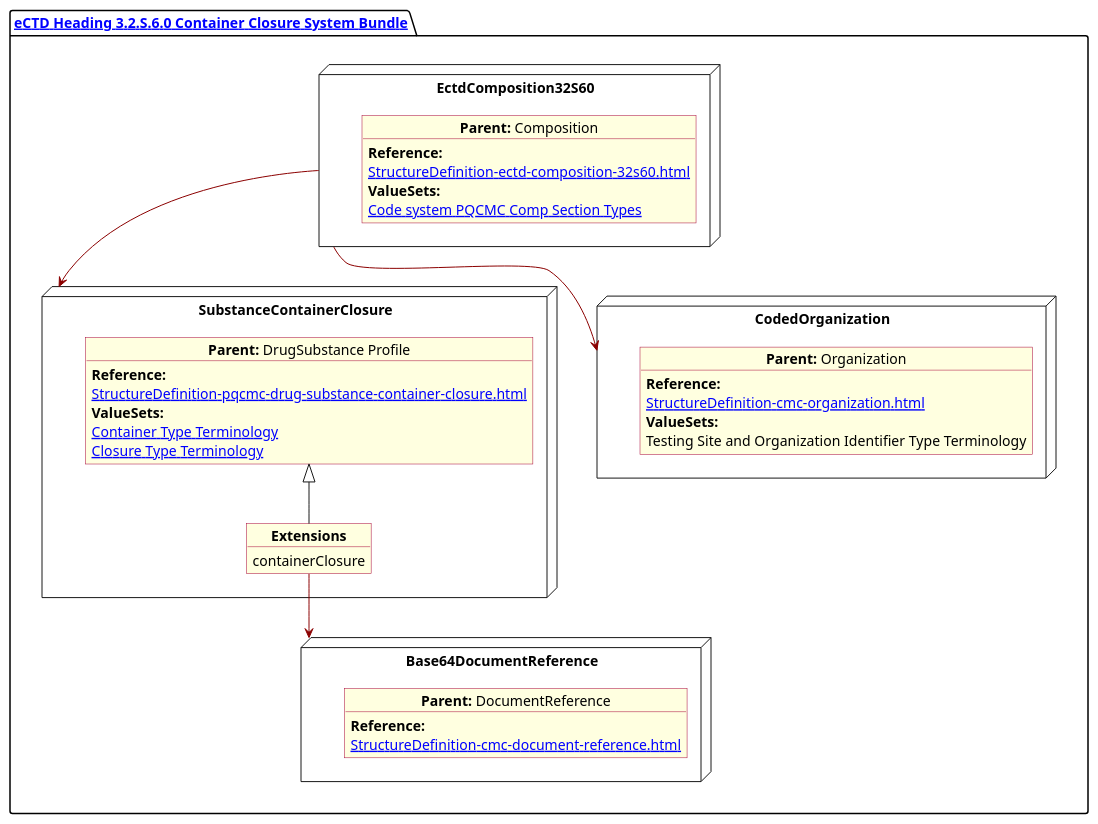
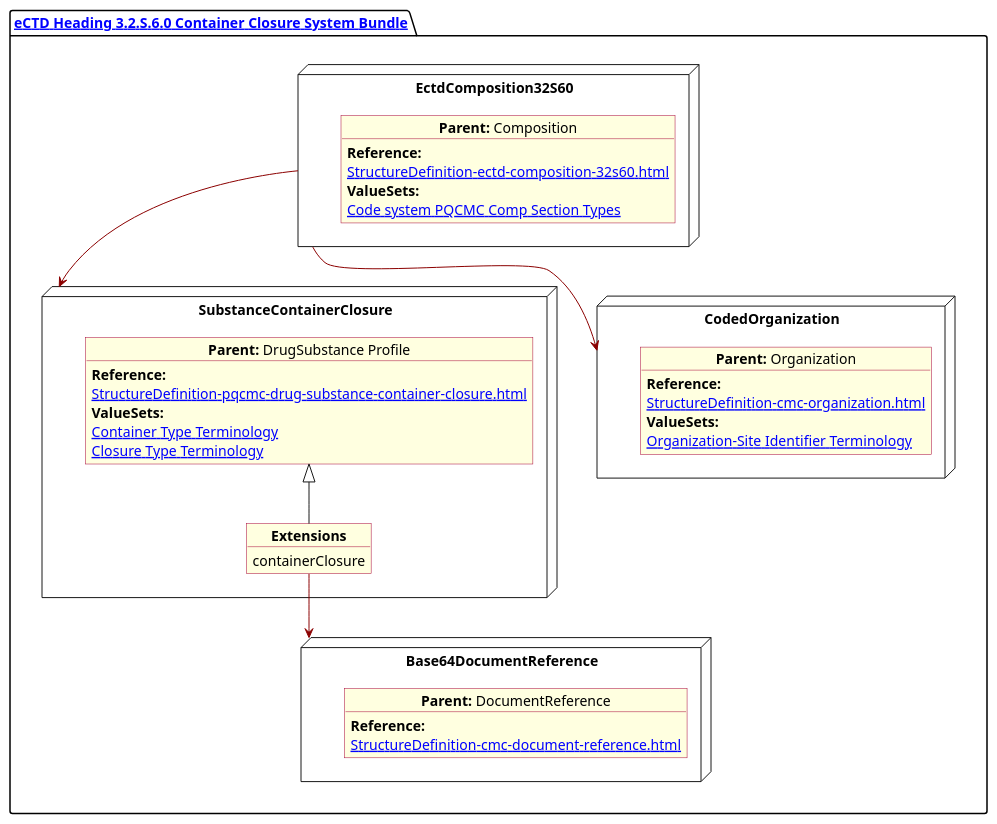
Before and after one commit to HL7/FHIR-us-pq-cmc-fda: the diagram in input/images-source/SubstanceContainer.plantuml, drawn with PlantUML. The commit also changed 7 other files, not shown here.

Commit message:
organization in diagrams updated

```diff
--- a/input/images-source/SubstanceContainer.plantuml
+++ b/input/images-source/SubstanceContainer.plantuml
@@ -1,62 +1,62 @@
 @startuml SubstanceContainer
 allowmixing
 'Mixed model of use case and object
 skinparam svgDimensionStyle false
 skinparam ObjectBackgroundColor LightYellow
 skinparam ObjectBorderColor #A80036
 skinparam activityDiamondBorderColor #A80036
 skinparam activityDiamondBackgroundColor lawnGreen
 skinparam ClassBorderThickness 4
 
 package "[[StructureDefinition-cmc-ectd-document-32s60.html eCTD Heading 3.2.S.6.0 Container Closure System Bundle]]" as NODES {
 
 
 
   node "EctdComposition32S60" as N1 {
 
     object "**Parent:** Composition" as obj1 {
       **Reference:**
       [[StructureDefinition-ectd-composition-32s60.html]]
       **ValueSets:**
       [[ValueSet-cmc-comp-section-types-vs.html Code system PQCMC Comp Section Types]]
     }
 
   }
   node "SubstanceContainerClosure" as N21 {
 
     object "**Parent:** DrugSubstance Profile" as obj22 {
       **Reference:**
       [[StructureDefinition-pqcmc-drug-substance-container-closure.html]]
       **ValueSets:**
       [[ValueSet-pqcmc-container-type-terminology.html Container Type Terminology]]
       [[ValueSet-pqcmc-closure-type-terminology.html Closure Type Terminology]]
     }
     object "**Extensions**" as objEx {
       containerClosure
     }
     obj22 <|-- objEx
   }
   node "Base64DocumentReference" as NB64 {
 
     object "**Parent:** DocumentReference"  as obj64 {
 
       **Reference:**
       [[StructureDefinition-cmc-document-reference.html]]
     }
 
   }
   node "CodedOrganization" as NSO {
 
     object "**Parent:** Organization" as objAu {
       **Reference:**
       [[StructureDefinition-cmc-organization.html]]
       **ValueSets:**
-      Testing Site and Organization Identifier Type Terminology
+      [[ValueSet-pqcmc-org-identifier-type-terminology.html Organization-Site Identifier Terminology]]
     }
   }
 }
 
 N1 -[#darkred]-> N21
 N1 -[#darkred]-> NSO
 objEx -[#darkred]-> NB64
 @enduml
```
